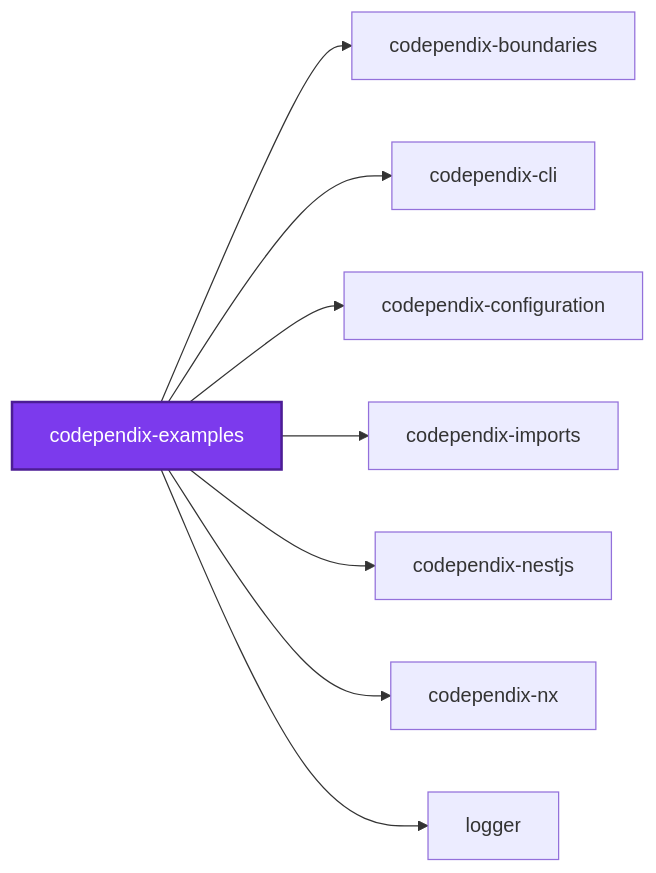
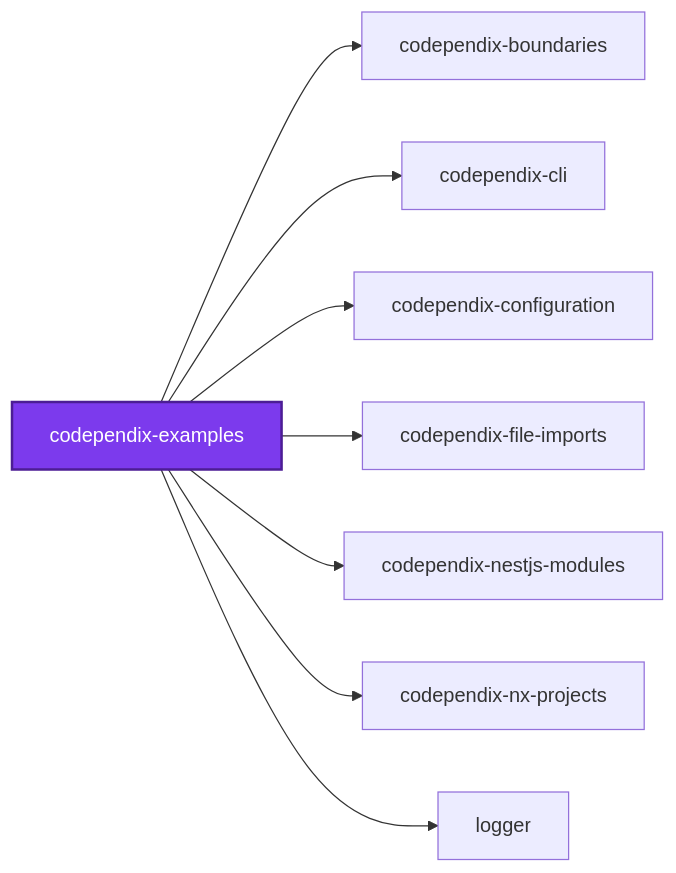
The first of 2 diagrams in packages/codependix-examples/README.md (JimmyPaolini/codebase), drawn with Mermaid before and after one commit. The commit also changed other lines of this file and 13 other files, not shown here.

````diff
--- a/packages/codependix-examples/README.md
+++ b/packages/codependix-examples/README.md
@@ -193,20 +193,20 @@
 ```mermaid
 graph LR
   codependix_boundaries["codependix-boundaries"]
   codependix_cli["codependix-cli"]
   codependix_configuration["codependix-configuration"]
   codependix_examples["codependix-examples"]
-  codependix_imports["codependix-imports"]
-  codependix_nestjs["codependix-nestjs"]
-  codependix_nx["codependix-nx"]
+  codependix_file_imports["codependix-file-imports"]
+  codependix_nestjs_modules["codependix-nestjs-modules"]
+  codependix_nx_projects["codependix-nx-projects"]
   logger["logger"]
   codependix_examples --> codependix_boundaries
   codependix_examples --> codependix_cli
   codependix_examples --> codependix_configuration
-  codependix_examples --> codependix_imports
-  codependix_examples --> codependix_nestjs
-  codependix_examples --> codependix_nx
+  codependix_examples --> codependix_file_imports
+  codependix_examples --> codependix_nestjs_modules
+  codependix_examples --> codependix_nx_projects
   codependix_examples --> logger
   classDef subject fill:#7c3aed,color:#fff,stroke:#4c1d95,stroke-width:2px
   class codependix_examples subject
 ```
````
